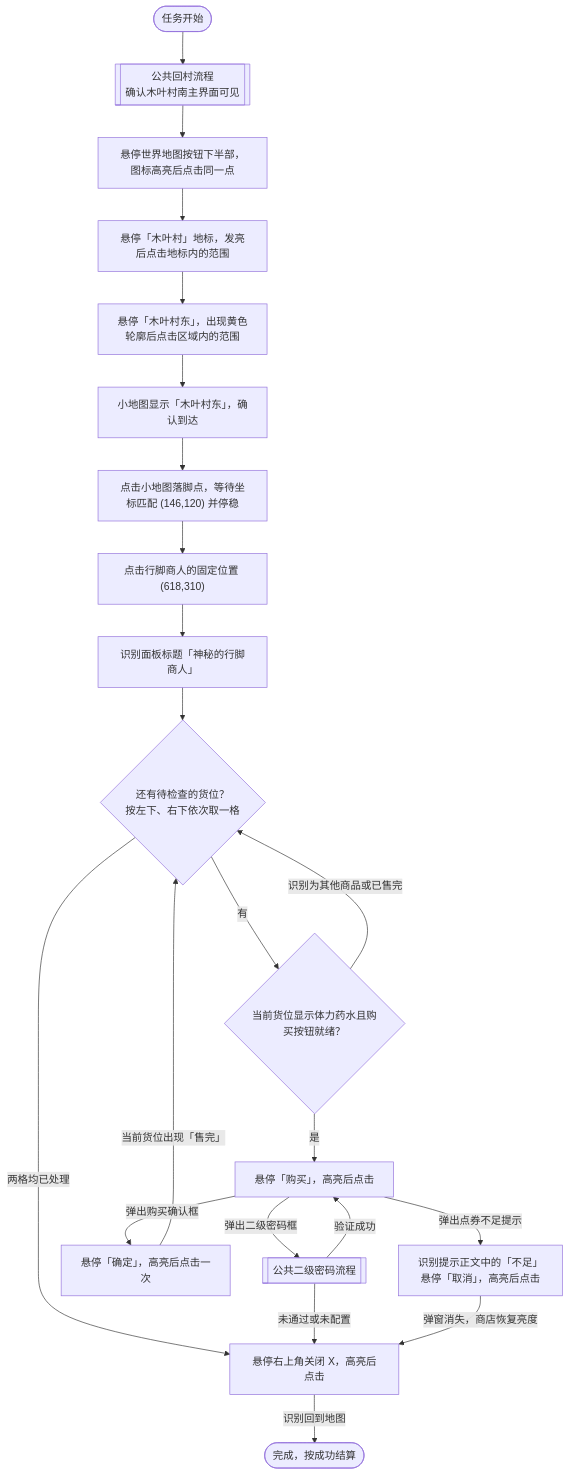
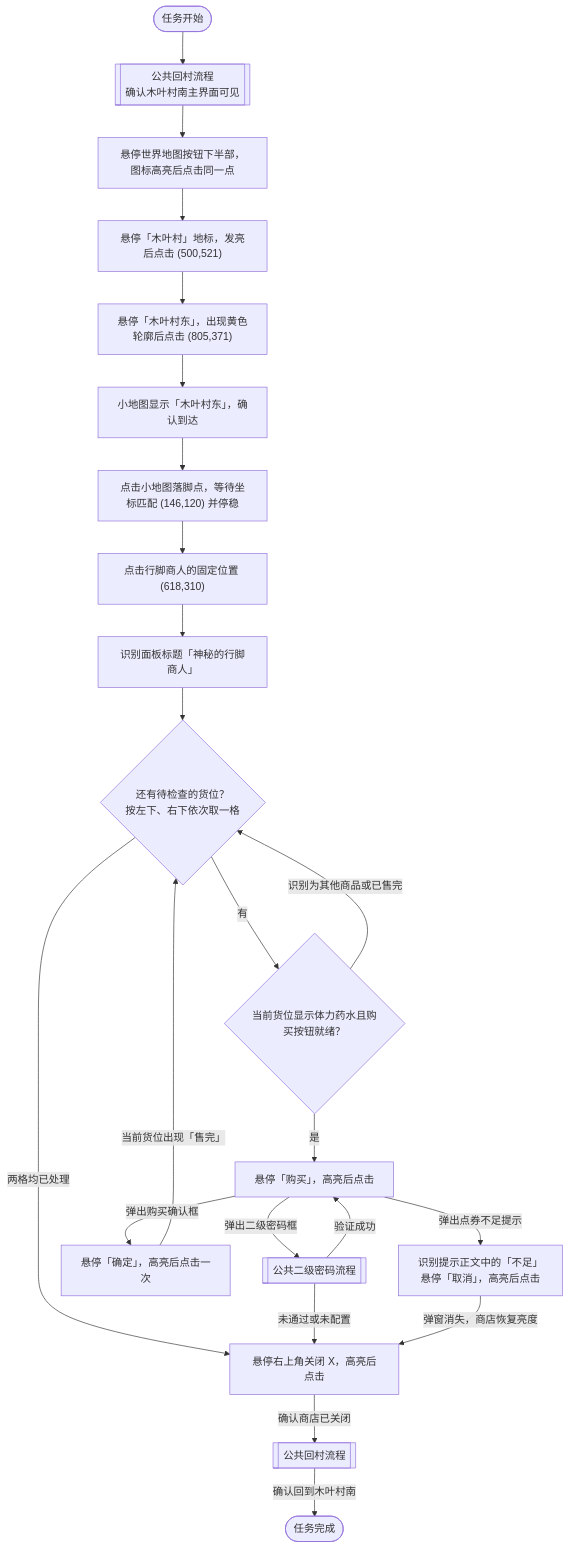
The diagram in docs/zh_cn/流程图/行脚商人.md (ArcherSore/MaaNOP), drawn with Mermaid before and after one commit. The commit also changed 3 other files, not shown here.

Commit message:
fix: 固定地图点击并在行脚商人关店后回村

````diff
--- a/docs/zh_cn/流程图/行脚商人.md
+++ b/docs/zh_cn/流程图/行脚商人.md
@@ -9,25 +9,26 @@
 ```mermaid
 flowchart TD
     Start([任务开始]) --> Return[["公共回村流程<br/>确认木叶村南主界面可见"]]
     Return --> World["悬停世界地图按钮下半部，图标高亮后点击同一点"]
-    World --> Konoha["悬停「木叶村」地标，发亮后点击地标内的范围"]
-    Konoha --> East["悬停「木叶村东」，出现黄色轮廓后点击区域内的范围"]
+    World --> Konoha["悬停「木叶村」地标，发亮后点击 (500,521)"]
+    Konoha --> East["悬停「木叶村东」，出现黄色轮廓后点击 (805,371)"]
     East --> Arrive["小地图显示「木叶村东」，确认到达"]
     Arrive --> Park["点击小地图落脚点，等待坐标匹配 (146,120) 并停稳"]
     Park --> NPC["点击行脚商人的固定位置 (618,310)"]
     NPC --> Shop["识别面板标题「神秘的行脚商人」"]
     Shop --> NextSlot{"还有待检查的货位？<br/>按左下、右下依次取一格"}
     NextSlot -->|有| Slot{"当前货位显示体力药水且购买按钮就绪？"}
     NextSlot -->|两格均已处理| Close
     Slot -->|识别为其他商品或已售完| NextSlot
     Slot -->|是| Buy["悬停「购买」，高亮后点击"]
     Buy -->|弹出二级密码框| Password[["公共二级密码流程"]]
     Password -->|验证成功| Buy
     Password -->|未通过或未配置| Close
     Buy -->|弹出购买确认框| Confirm["悬停「确定」，高亮后点击一次"]
     Buy -->|弹出点券不足提示| Poor["识别提示正文中的「不足」<br/>悬停「取消」，高亮后点击"]
     Confirm -->|当前货位出现「售完」| NextSlot
     Poor -->|弹窗消失，商店恢复亮度| Close
     Close["悬停右上角关闭 X，高亮后点击"]
-    Close -->|识别回到地图| Done([完成，按成功结算])
+    Close -->|确认商店已关闭| ReturnAfterShop[["公共回村流程"]]
+    ReturnAfterShop -->|确认回到木叶村南| Done([任务完成])
 ```
````
